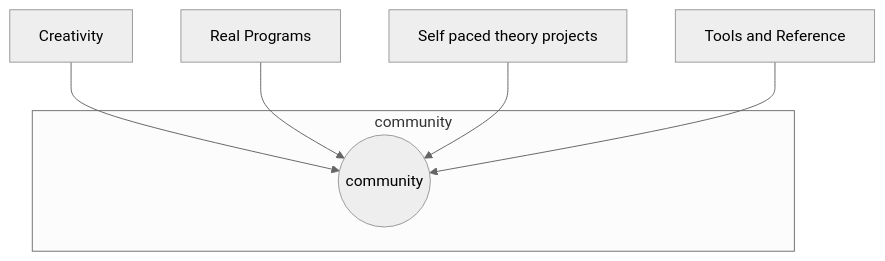
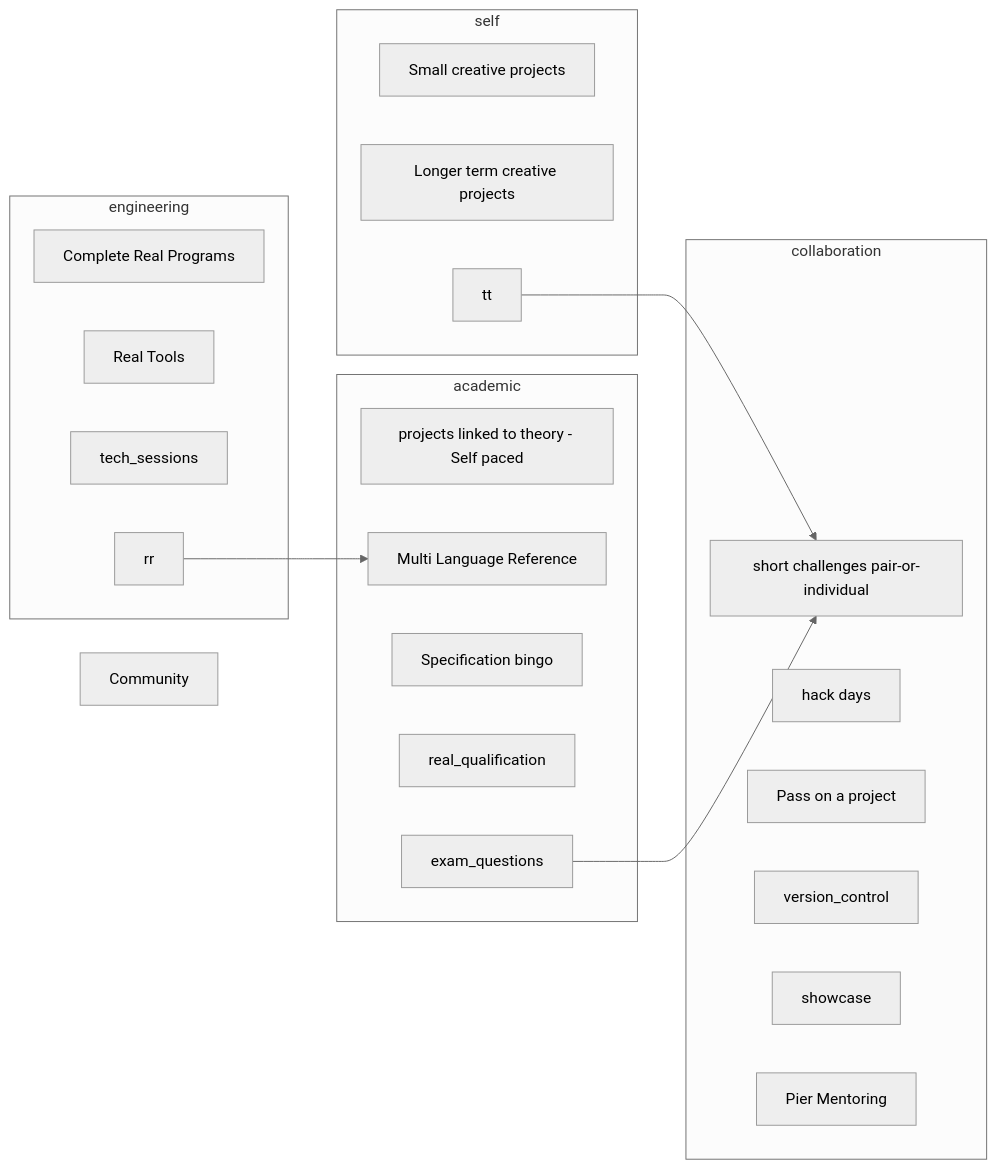
One commit to calaldees/TeachProgramming changed the diagram in teachprogramming/static/docs/README.md. Above: the diagram before and after it, drawn with Mermaid (neutral theme). The commit also changed other lines of this file, not shown here.

Commit message:
Consolidated some more thoughts about teaching Computing

````diff
--- a/teachprogramming/static/docs/README.md
+++ b/teachprogramming/static/docs/README.md
@@ -13,17 +13,45 @@
 ```mermaid
-graph TD
-    creativity[Creativity] 
-    real[Real Programs]
-    projects[Self paced theory projects]
-    tools[Tools and Reference]
+graph LR
     
-    
-    subgraph cc [community]
-        community((community))
+
+    subgraph collaboration [collaboration]
+        timeboxed_challenges[short challenges pair-or-individual]
+        timeboxed_prototype[hack days]
+        pass_project[Pass on a project]
+        version_control
+        showcase
+        mentoring[Pier Mentoring]
     end
 
-    creativity --> community
-    real --> community
-    projects --> community
-    tools --> community
+    subgraph self [self]
+        creativity_small[Small creative projects]
+        creative_large[Longer term creative projects]
+        tt --> timeboxed_challenges
+    end
+
+
+    subgraph academic [academic]
+        projects[projects linked to theory - Self paced]
+        reference[Multi Language Reference]
+        spec[Specification bingo]
+        real_qualification
+        exam_questions --> timeboxed_challenges
+    end
+
+    subgraph engineering [engineering]
+        real[Complete Real Programs]
+        tools[Real Tools]
+        tech_sessions
+        rr --> reference
+    end
+
+
+    community[Community]
+
+
+    %%creativity --> community
+    %%real --> community
+    %%projects --> community
+    %%tools --> community
+    
 ```
````
